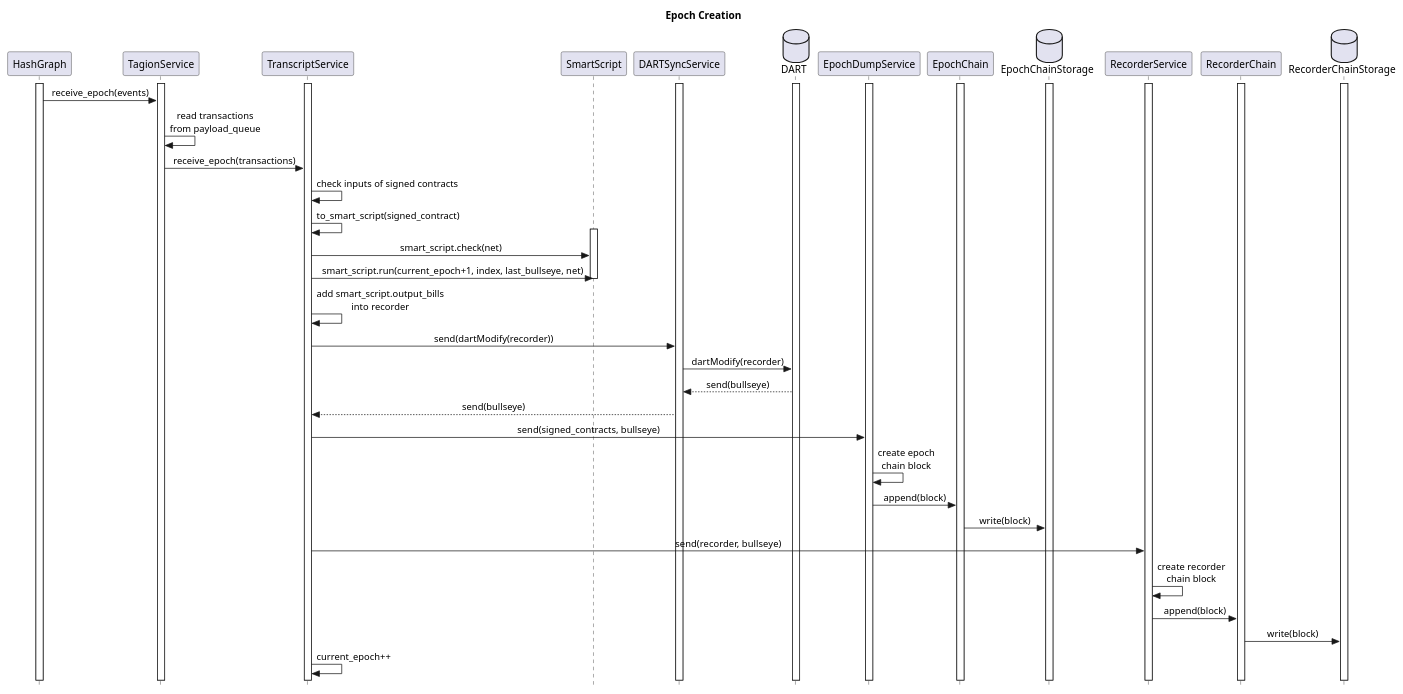
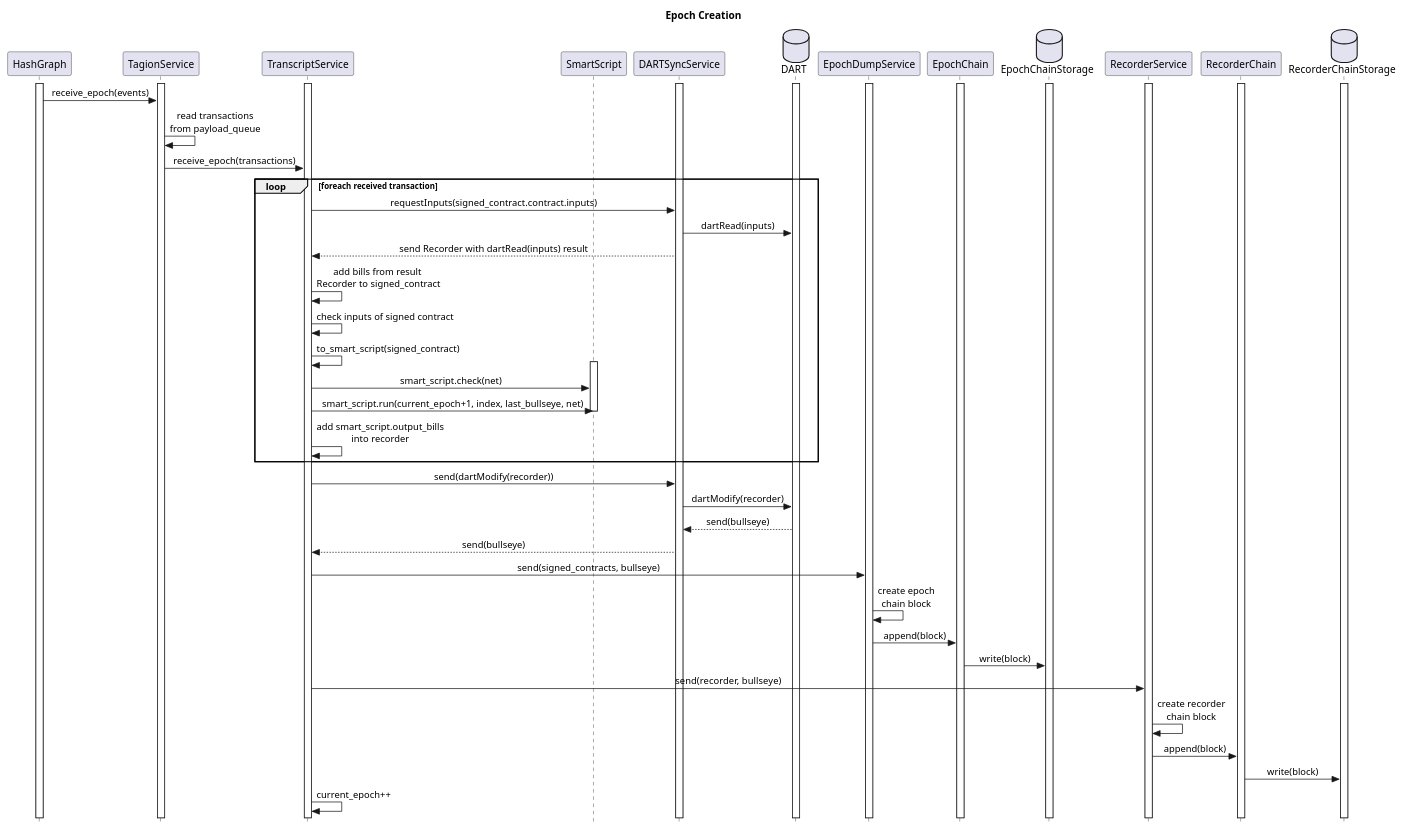
Before and after one commit to tagion/tagion: the diagram in docs/transactions/Create Epoch Sequence Diagram.wsd, drawn with PlantUML.

Commit message:
update diagram

```diff
--- a/docs/transactions/Create Epoch Sequence Diagram.wsd
+++ b/docs/transactions/Create Epoch Sequence Diagram.wsd
@@ -1,69 +1,77 @@
 @startuml Epoch Creation Sequence
 
 skinparam Style strictuml
 skinparam SequenceMessageAlign center
 hide empty description
 title Epoch Creation
 
 participant HashGraph as hashgraph
 participant TagionService as tagion
 participant TranscriptService as transcript
 participant SmartScript as smartscript
 
 participant DARTSyncService as dartsync
 database DART as dart
 participant EpochDumpService as epochdump
 participant EpochChain as epochchain
 database EpochChainStorage as epochstorage
 participant RecorderService as recservice
 participant RecorderChain as recchain
 database RecorderChainStorage as recstorage
 
 activate dartsync
 activate dart
 activate tagion
 activate transcript
 activate epochdump
 activate epochchain
 activate epochstorage
 activate recservice
 activate recchain
 activate recstorage
 activate hashgraph
 
 hashgraph -> tagion : receive_epoch(events)
 
 tagion -> tagion : read transactions\nfrom payload_queue
 
 tagion -> transcript : receive_epoch(transactions)
 
-transcript -> transcript : check inputs of signed contracts
-transcript -> transcript : to_smart_script(signed_contract)
+loop foreach received transaction
 
-activate smartscript
+    transcript -> dartsync : requestInputs(signed_contract.contract.inputs)
+    dartsync -> dart : dartRead(inputs)
+    dartsync --> transcript : send Recorder with dartRead(inputs) result
+    transcript -> transcript : add bills from result \nRecorder to signed_contract
+    transcript -> transcript : check inputs of signed contract
+    transcript -> transcript : to_smart_script(signed_contract)
 
-transcript -> smartscript : smart_script.check(net)
-transcript -> smartscript : smart_script.run(current_epoch+1, index, last_bullseye, net)
+    activate smartscript
 
-deactivate smartscript
+    transcript -> smartscript : smart_script.check(net)
+    transcript -> smartscript : smart_script.run(current_epoch+1, index, last_bullseye, net)
 
-transcript -> transcript : add smart_script.output_bills\ninto recorder
+    deactivate smartscript
+
+    transcript -> transcript : add smart_script.output_bills\ninto recorder
+
+end
 
 transcript -> dartsync : send(dartModify(recorder))
 dartsync -> dart : dartModify(recorder)
 dart --> dartsync : send(bullseye)
 dartsync --> transcript : send(bullseye)
 
 transcript -> epochdump : send(signed_contracts, bullseye)
 epochdump -> epochdump : create epoch\nchain block
 epochdump -> epochchain : append(block)
 epochchain -> epochstorage : write(block)
 
 transcript -> recservice : send(recorder, bullseye)
 recservice -> recservice : create recorder\nchain block
 recservice -> recchain : append(block)
 recchain -> recstorage : write(block)
 
 transcript -> transcript : current_epoch++
 
 @enduml
```
